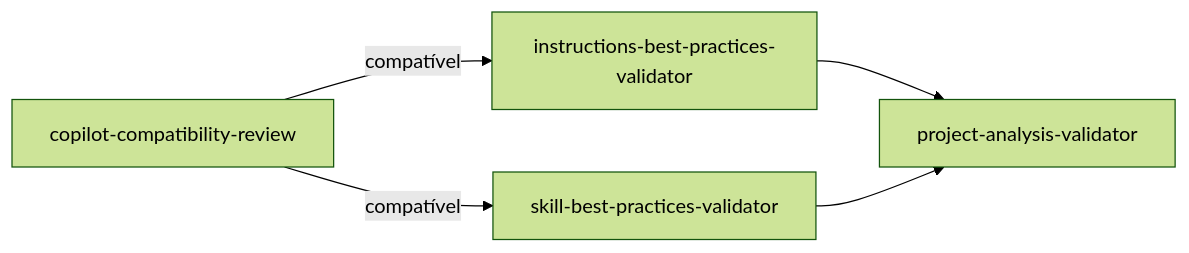
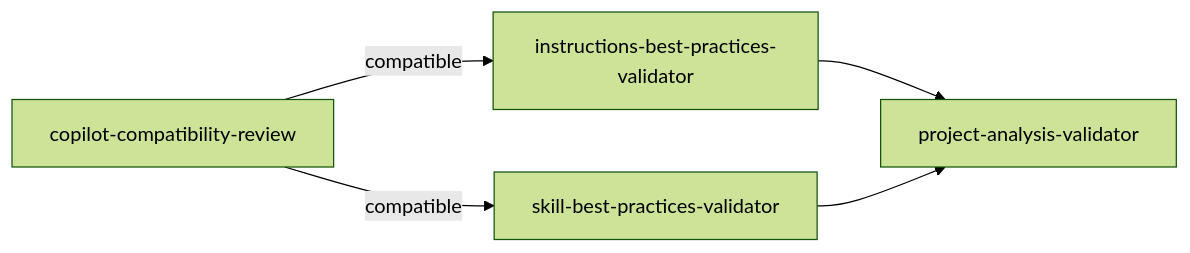
One commit to rodrigo-mendes/agents-factory changed the diagram in docs/capacidades/prompts-validacao.md. Above: the diagram before and after it, drawn with Mermaid (forest theme). The commit also changed other lines of this file and 70 other files, not shown here.

````diff
--- a/docs/capacidades/prompts-validacao.md
+++ b/docs/capacidades/prompts-validacao.md
@@ -165,7 +165,7 @@
 ```mermaid
 graph LR
-    A[copilot-compatibility-review] -->|compatível| B[instructions-best-practices-validator]
-    A -->|compatível| C[skill-best-practices-validator]
+    A[copilot-compatibility-review] -->|compatible| B[instructions-best-practices-validator]
+    A -->|compatible| C[skill-best-practices-validator]
     B --> D[project-analysis-validator]
     C --> D
 ```
````
